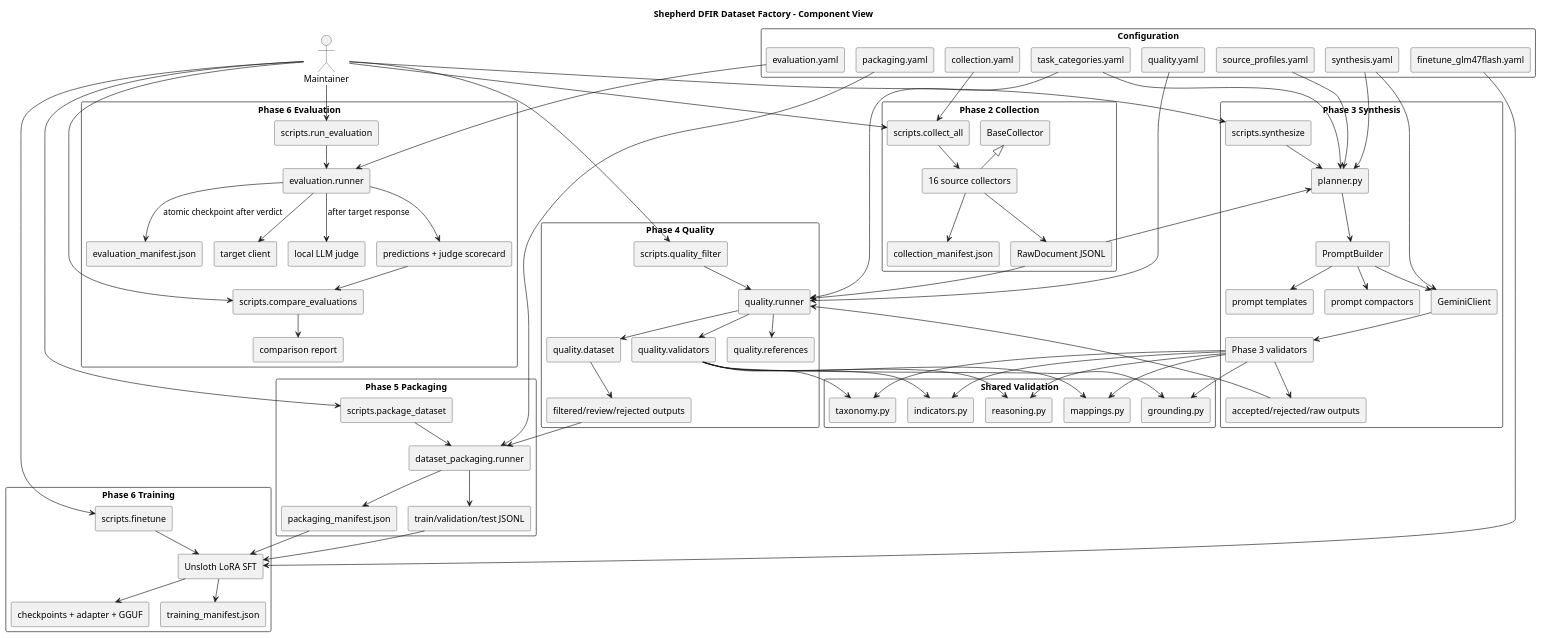
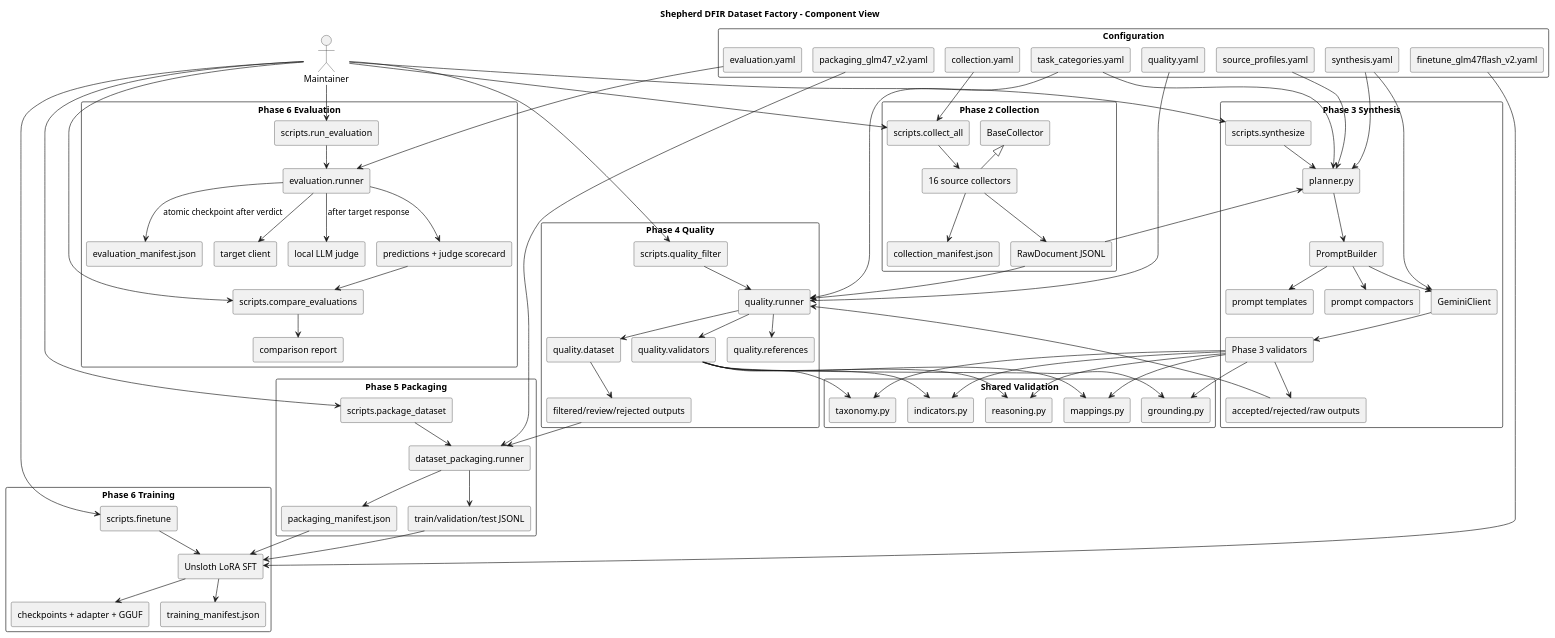
One commit to darkrelicz/dfir-dataset changed the diagram in docs/diagrams/pipeline-component.puml. Above: the diagram before and after it, drawn with PlantUML. The commit also changed 12 other files, not shown here.

```diff
--- a/docs/diagrams/pipeline-component.puml
+++ b/docs/diagrams/pipeline-component.puml
@@ -1,152 +1,152 @@
 @startuml
 !pragma layout smetana
 title Shepherd DFIR Dataset Factory - Component View
 
 skinparam componentStyle rectangle
 skinparam shadowing false
 skinparam packageStyle rectangle
 
 actor "Maintainer" as Maintainer
 
 package "Configuration" {
   [collection.yaml] as CollectionConfig
   [source_profiles.yaml] as SourceProfiles
   [task_categories.yaml] as TaskConfig
   [synthesis.yaml] as SynthesisConfig
   [quality.yaml] as QualityConfig
-  [packaging.yaml] as PackagingConfig
+  [packaging_glm47_v2.yaml] as PackagingConfig
   [evaluation.yaml] as EvaluationConfig
-  [finetune_glm47flash.yaml] as FinetuneConfig
+  [finetune_glm47flash_v2.yaml] as FinetuneConfig
 }
 
 package "Phase 2 Collection" {
   [scripts.collect_all] as CollectCLI
   [BaseCollector] as BaseCollector
   [16 source collectors] as Collectors
   [RawDocument JSONL] as RawJsonl
   [collection_manifest.json] as CollectionManifest
 }
 
 package "Phase 3 Synthesis" {
   [scripts.synthesize] as SynthesizeCLI
   [planner.py] as Planner
   [PromptBuilder] as PromptBuilder
   [prompt templates] as PromptTemplates
   [prompt compactors] as Compactors
   [GeminiClient] as Gemini
   [Phase 3 validators] as SynthValidators
   [accepted/rejected/raw outputs] as SynthOutputs
 }
 
 package "Shared Validation" {
   [reasoning.py] as Reasoning
   [grounding.py] as Grounding
   [indicators.py] as Indicators
   [mappings.py] as Mappings
   [taxonomy.py] as Taxonomy
 }
 
 package "Phase 4 Quality" {
   [scripts.quality_filter] as QualityCLI
   [quality.runner] as QualityRunner
   [quality.validators] as QualityValidators
   [quality.dataset] as DatasetGates
   [quality.references] as References
   [filtered/review/rejected outputs] as QualityOutputs
 }
 
 package "Phase 5 Packaging" {
   [scripts.package_dataset] as PackageCLI
   [dataset_packaging.runner] as Packager
   [train/validation/test JSONL] as PackagedSplits
   [packaging_manifest.json] as PackagingManifest
 }
 
 package "Phase 6 Training" {
   [scripts.finetune] as TrainCLI
   [Unsloth LoRA SFT] as Trainer
   [checkpoints + adapter + GGUF] as ModelArtifacts
   [training_manifest.json] as TrainingManifest
 }
 
 package "Phase 6 Evaluation" {
   [scripts.run_evaluation] as EvaluateCLI
   [evaluation.runner] as EvaluationRunner
   [target client] as TargetClient
   [local LLM judge] as Judge
   [predictions + judge scorecard] as EvaluationOutputs
   [evaluation_manifest.json] as EvaluationManifest
   [scripts.compare_evaluations] as CompareCLI
   [comparison report] as ComparisonReport
 }
 
 Maintainer --> CollectCLI
 Maintainer --> SynthesizeCLI
 Maintainer --> QualityCLI
 Maintainer --> PackageCLI
 Maintainer --> TrainCLI
 Maintainer --> EvaluateCLI
 Maintainer --> CompareCLI
 
 CollectionConfig --> CollectCLI
 CollectCLI --> Collectors
 Collectors -up-|> BaseCollector
 Collectors --> RawJsonl
 Collectors --> CollectionManifest
 
 SourceProfiles --> Planner
 TaskConfig --> Planner
 SynthesisConfig --> Planner
 SynthesisConfig --> Gemini
 SynthesizeCLI --> Planner
 Planner --> PromptBuilder
 PromptBuilder --> PromptTemplates
 PromptBuilder --> Compactors
 PromptBuilder --> Gemini
 Gemini --> SynthValidators
 SynthValidators --> SynthOutputs
 SynthValidators --> Reasoning
 SynthValidators --> Grounding
 SynthValidators --> Indicators
 SynthValidators --> Mappings
 SynthValidators --> Taxonomy
 RawJsonl --> Planner
 
 QualityConfig --> QualityRunner
 TaskConfig --> QualityRunner
 QualityCLI --> QualityRunner
 SynthOutputs --> QualityRunner
 RawJsonl --> QualityRunner
 QualityRunner --> References
 QualityRunner --> QualityValidators
 QualityValidators --> Reasoning
 QualityValidators --> Grounding
 QualityValidators --> Indicators
 QualityValidators --> Mappings
 QualityValidators --> Taxonomy
 QualityRunner --> DatasetGates
 DatasetGates --> QualityOutputs
 
 PackagingConfig --> Packager
 PackageCLI --> Packager
 QualityOutputs --> Packager
 Packager --> PackagedSplits
 Packager --> PackagingManifest
 
 FinetuneConfig --> Trainer
 TrainCLI --> Trainer
 PackagedSplits --> Trainer
 PackagingManifest --> Trainer
 Trainer --> ModelArtifacts
 Trainer --> TrainingManifest
 
 EvaluationConfig --> EvaluationRunner
 EvaluateCLI --> EvaluationRunner
 EvaluationRunner --> TargetClient
 EvaluationRunner --> Judge: after target response
 EvaluationRunner --> EvaluationOutputs
 EvaluationRunner --> EvaluationManifest: atomic checkpoint after verdict
 EvaluationOutputs --> CompareCLI
 CompareCLI --> ComparisonReport
 
 @enduml
```
